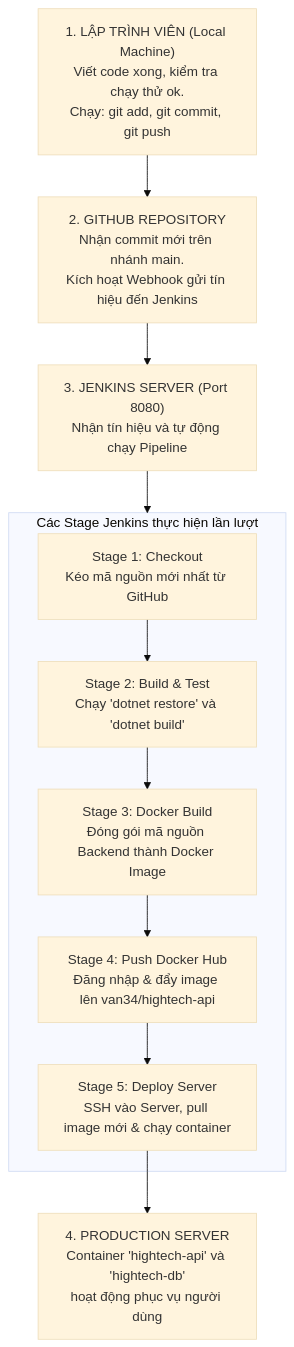
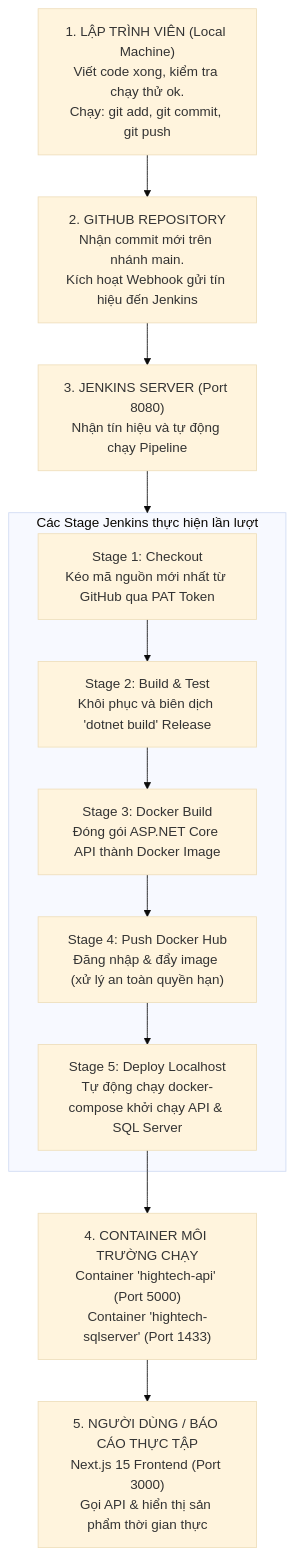
Before and after one commit to LeTrongVanIT23D/hightech-frontend: the diagram in HUONG_DAN_DEPLOY_JENKINS_CHI_TIET.md, drawn with Mermaid (base theme). The commit also changed other lines of this file, not shown here.

Commit message:
docs: update comprehensive Jenkins CI/CD deployment guide with Localhost setup and troubleshooting

````diff
--- a/HUONG_DAN_DEPLOY_JENKINS_CHI_TIET.md
+++ b/HUONG_DAN_DEPLOY_JENKINS_CHI_TIET.md
@@ -12,17 +12,18 @@
 ```mermaid
 flowchart TD
-    Step1["1. LẬP TRÌNH VIÊN (Local Machine)<br/>Viết code xong, kiểm tra chạy thử ok.<br/>Chạy: git add, git commit, git push"] --> Step2["2. GITHUB REPOSITORY<br/>Nhận commit mới trên nhánh main.<br/>Kích hoạt Webhook gửi tín hiệu đến Jenkins"]
-    Step2 --> Step3["3. JENKINS SERVER (Port 8080)<br/>Nhận tín hiệu và tự động chạy Pipeline"]
+    Dev["1. LẬP TRÌNH VIÊN (Local Machine)<br/>Viết code xong, kiểm tra chạy thử ok.<br/>Chạy: git add, git commit, git push"] --> GitRepo["2. GITHUB REPOSITORY<br/>Nhận commit mới trên nhánh main.<br/>Kích hoạt Webhook gửi tín hiệu đến Jenkins"]
+    GitRepo --> Jenkins["3. JENKINS SERVER (Port 8080)<br/>Nhận tín hiệu và tự động chạy Pipeline"]
     
     subgraph Pipeline_Stages ["Các Stage Jenkins thực hiện lần lượt"]
-        S1["Stage 1: Checkout<br/>Kéo mã nguồn mới nhất từ GitHub"]
-        S2["Stage 2: Build & Test<br/>Chạy 'dotnet restore' và 'dotnet build'"]
-        S3["Stage 3: Docker Build<br/>Đóng gói mã nguồn Backend thành Docker Image"]
-        S4["Stage 4: Push Docker Hub<br/>Đăng nhập & đẩy image lên van34/hightech-api"]
-        S5["Stage 5: Deploy Server<br/>SSH vào Server, pull image mới & chạy container"]
+        S1["Stage 1: Checkout<br/>Kéo mã nguồn mới nhất từ GitHub qua PAT Token"]
+        S2["Stage 2: Build & Test<br/>Khôi phục và biên dịch 'dotnet build' Release"]
+        S3["Stage 3: Docker Build<br/>Đóng gói ASP.NET Core API thành Docker Image"]
+        S4["Stage 4: Push Docker Hub<br/>Đăng nhập & đẩy image (xử lý an toàn quyền hạn)"]
+        S5["Stage 5: Deploy Localhost<br/>Tự động chạy docker-compose khởi chạy API & SQL Server"]
         S1 --> S2 --> S3 --> S4 --> S5
     end
     
-    Step3 --> Pipeline_Stages
-    S5 --> Step4["4. PRODUCTION SERVER<br/>Container 'hightech-api' và 'hightech-db'<br/>hoạt động phục vụ người dùng"]
+    Jenkins --> Pipeline_Stages
+    S5 --> RunningContainers["4. CONTAINER MÔI TRƯỜNG CHẠY<br/>Container 'hightech-api' (Port 5000)<br/>Container 'hightech-sqlserver' (Port 1433)"]
+    RunningContainers --> ClientApp["5. NGƯỜI DÙNG / BÁO CÁO THỰC TẬP<br/>Next.js 15 Frontend (Port 3000)<br/>Gọi API & hiển thị sản phẩm thời gian thực"]
 ```
````
